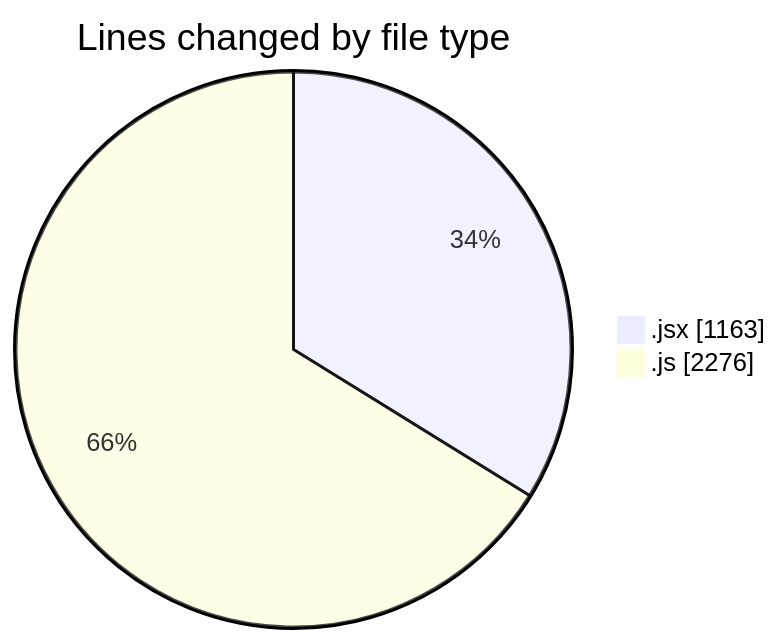
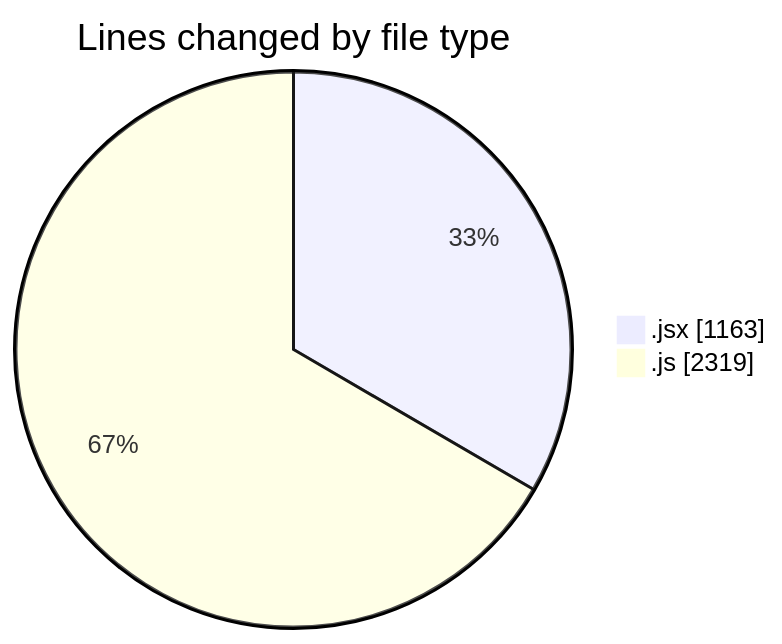
One commit to nxtqubesakshisongat/code-tracking changed the first of 2 diagrams in 2025-12-08/nxtqube_webapp/README.md. Above: the diagram before and after it, drawn with Mermaid. The commit also changed other lines of this file and 1 other file, not shown here.

````diff
--- a/2025-12-08/nxtqube_webapp/README.md
+++ b/2025-12-08/nxtqube_webapp/README.md
@@ -25,6 +25,6 @@
 ```mermaid
 pie showData
 title Lines changed by file type
 ".jsx" : 1163
-".js" : 2276
+".js" : 2319
 ```
````
